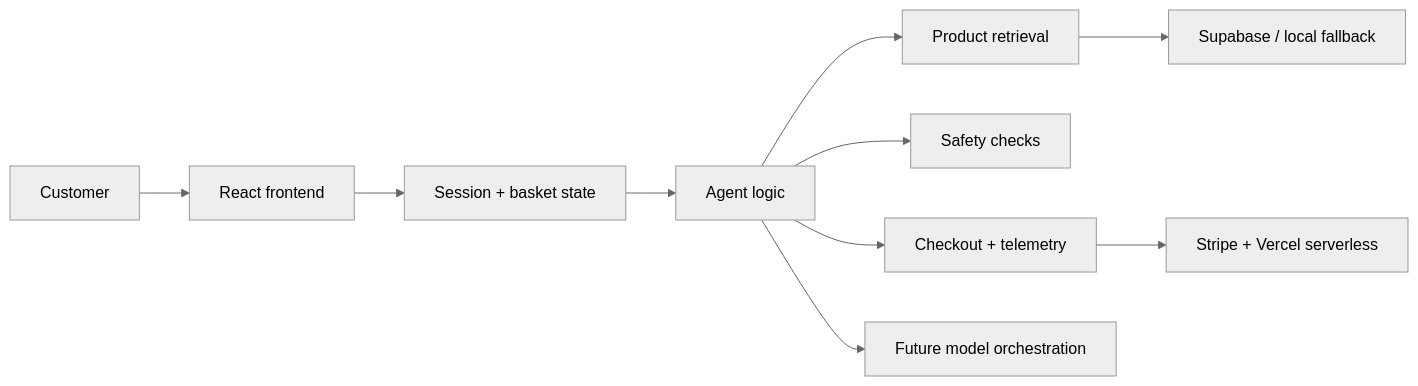
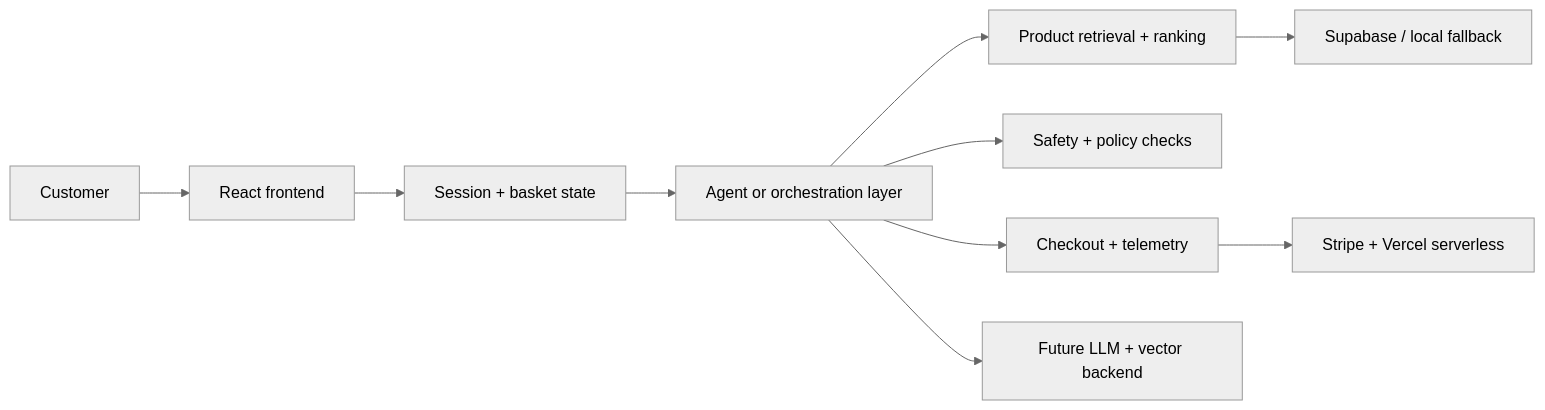
Before and after one commit to 1994-munk/Shopi_assistant: the diagram in README.md, drawn with Mermaid (neutral theme). The commit also changed other lines of this file and 1 other file, not shown here.

````diff
--- a/README.md
+++ b/README.md
@@ -115,12 +124,12 @@
 ```mermaid
 flowchart LR
   A[Customer] --> B[React frontend]
   B --> C[Session + basket state]
-  C --> D[Agent logic]
-  D --> E[Product retrieval]
-  D --> F[Safety checks]
+  C --> D[Agent or orchestration layer]
+  D --> E[Product retrieval + ranking]
+  D --> F[Safety + policy checks]
   D --> G[Checkout + telemetry]
   E --> H[Supabase / local fallback]
   G --> I[Stripe + Vercel serverless]
-  D --> J[Future model orchestration]
+  D --> J[Future LLM + vector backend]
 ```
````
